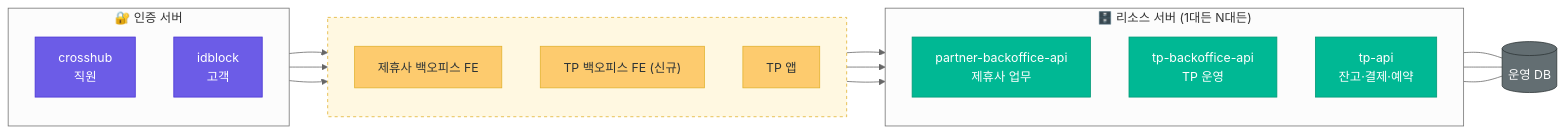
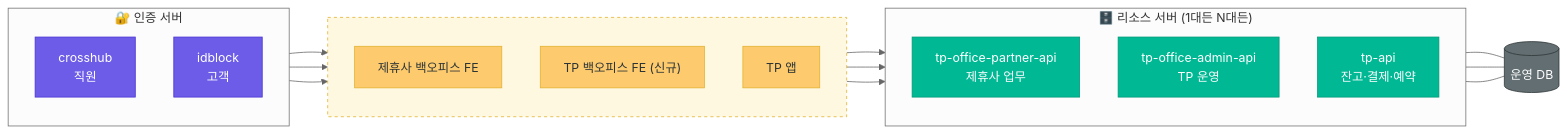
Before and after one commit to crosshub-poc-backoffice/travelpass-backoffice-BE: the fourth of 4 diagrams in docs/architecture-overview.md, drawn with Mermaid (neutral theme). The commit also changed other lines of this file and 16 other files, not shown here.

First line of the commit message:
refactor: Keycloak client 이름을 tp-office-partner-* 로

````diff
--- a/docs/architecture-overview.md
+++ b/docs/architecture-overview.md
@@ -193,38 +201,38 @@
 ```mermaid
 flowchart LR
   subgraph KC["🔐 인증 서버"]
     direction TB
     R1["crosshub<br/>직원"]
     R2["idblock<br/>고객"]
   end
   subgraph CL[" "]
     direction TB
     PFE["제휴사 백오피스 FE"]
     TFE["TP 백오피스 FE (신규)"]
     APP["TP 앱"]
   end
   subgraph RS["🗄️ 리소스 서버 (1대든 N대든)"]
     direction TB
-    PAPI["partner-backoffice-api<br/>제휴사 업무"]
-    OAPI["tp-backoffice-api<br/>TP 운영"]
+    PAPI["tp-office-partner-api<br/>제휴사 업무"]
+    OAPI["tp-office-admin-api<br/>TP 운영"]
     TAPI["tp-api<br/>잔고·결제·예약"]
   end
   DB[("운영 DB")]
 
   R1 --> PFE --> PAPI
   R1 --> TFE --> OAPI
   R2 --> APP --> TAPI
   PAPI --- DB
   OAPI --- DB
   TAPI --- DB
 
   classDef auth fill:#6C5CE7,stroke:#4834d4,color:#fff
   classDef app fill:#FDCB6E,stroke:#e1b12c,color:#2d3436
   classDef rs fill:#00B894,stroke:#019875,color:#fff
   classDef db fill:#636e72,stroke:#2d3436,color:#fff
   class R1,R2 auth
   class PFE,TFE,APP app
   class PAPI,OAPI,TAPI rs
   class DB db
   style CL fill:#fff8e1,stroke:#e1b12c,stroke-dasharray:4
 ```
````
